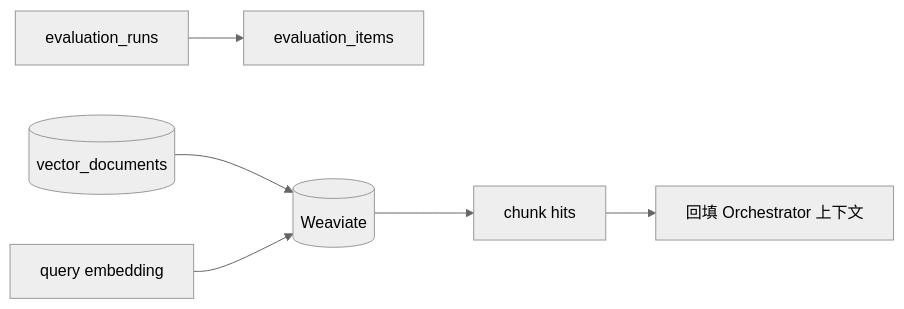
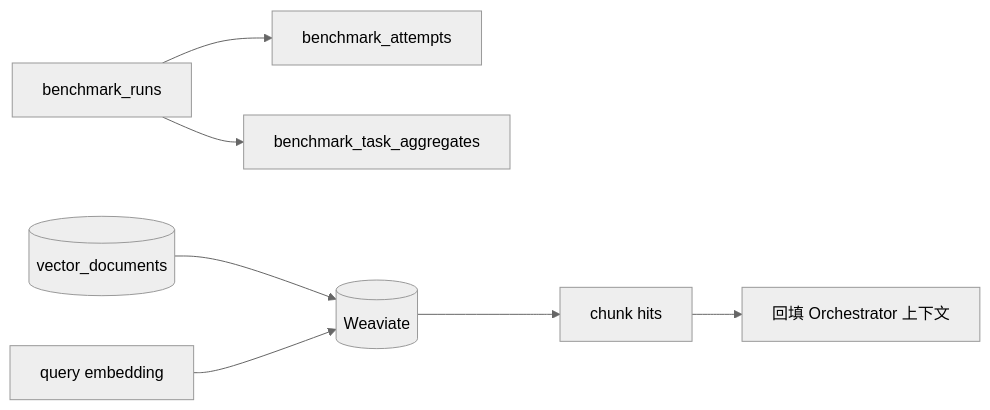
One commit to ylsdamxssjxxdd/wunder changed the fourth of 5 diagrams in docs/数据库设计.md. Above: the diagram before and after it, drawn with Mermaid (neutral theme). The commit also changed other lines of this file and 89 other files, not shown here.

````diff
--- a/docs/数据库设计.md
+++ b/docs/数据库设计.md
@@ -381,8 +382,9 @@
 ```mermaid
 flowchart LR
-  RUN[evaluation_runs] --> ITEM[evaluation_items]
+  RUN[benchmark_runs] --> ATTEMPT[benchmark_attempts]
+  RUN --> TASK[benchmark_task_aggregates]
   META[(vector_documents)] --> VDB[(Weaviate)]
   QUERY[query embedding] --> VDB
   VDB --> HITS[chunk hits]
   HITS --> CTX[回填 Orchestrator 上下文]
 ```
````
